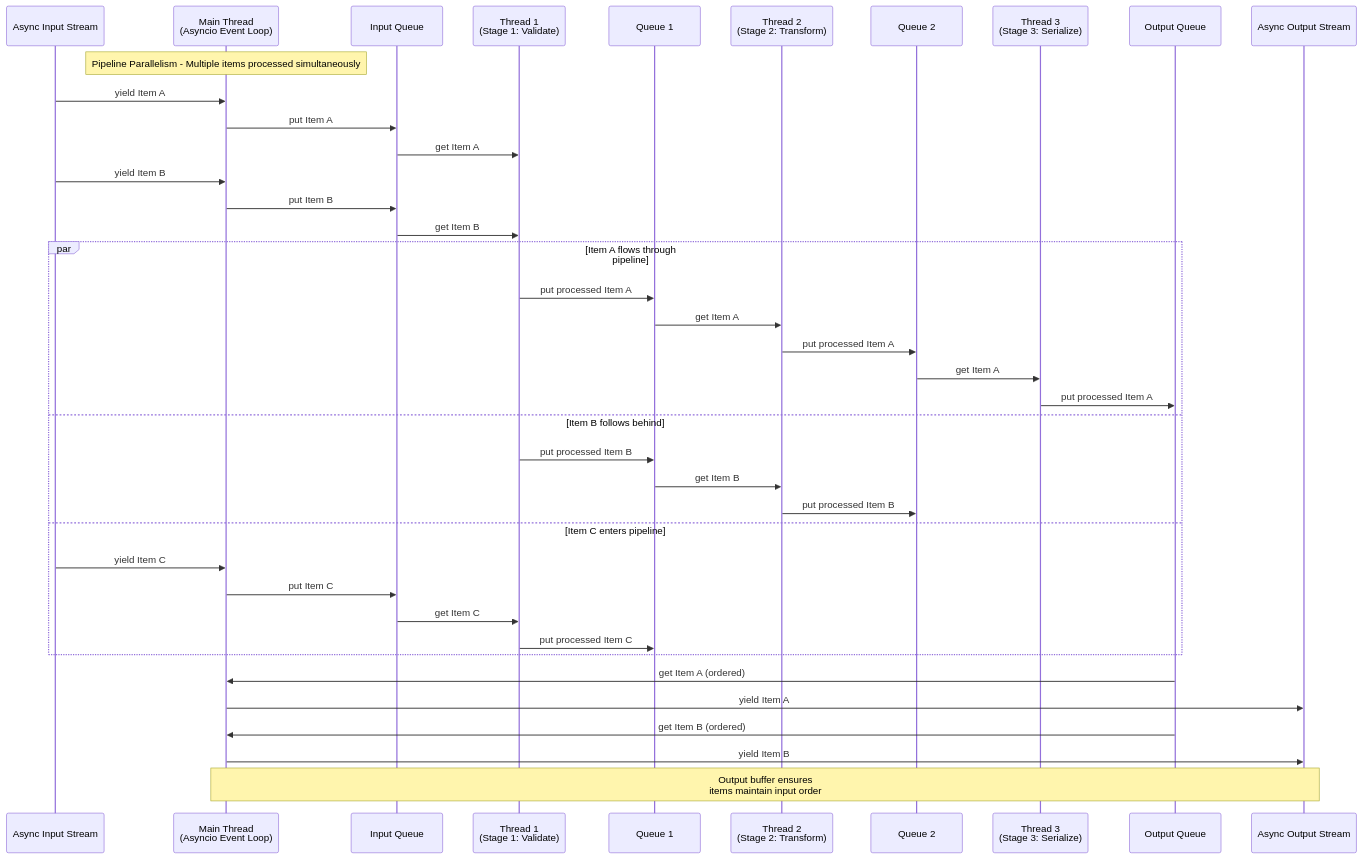
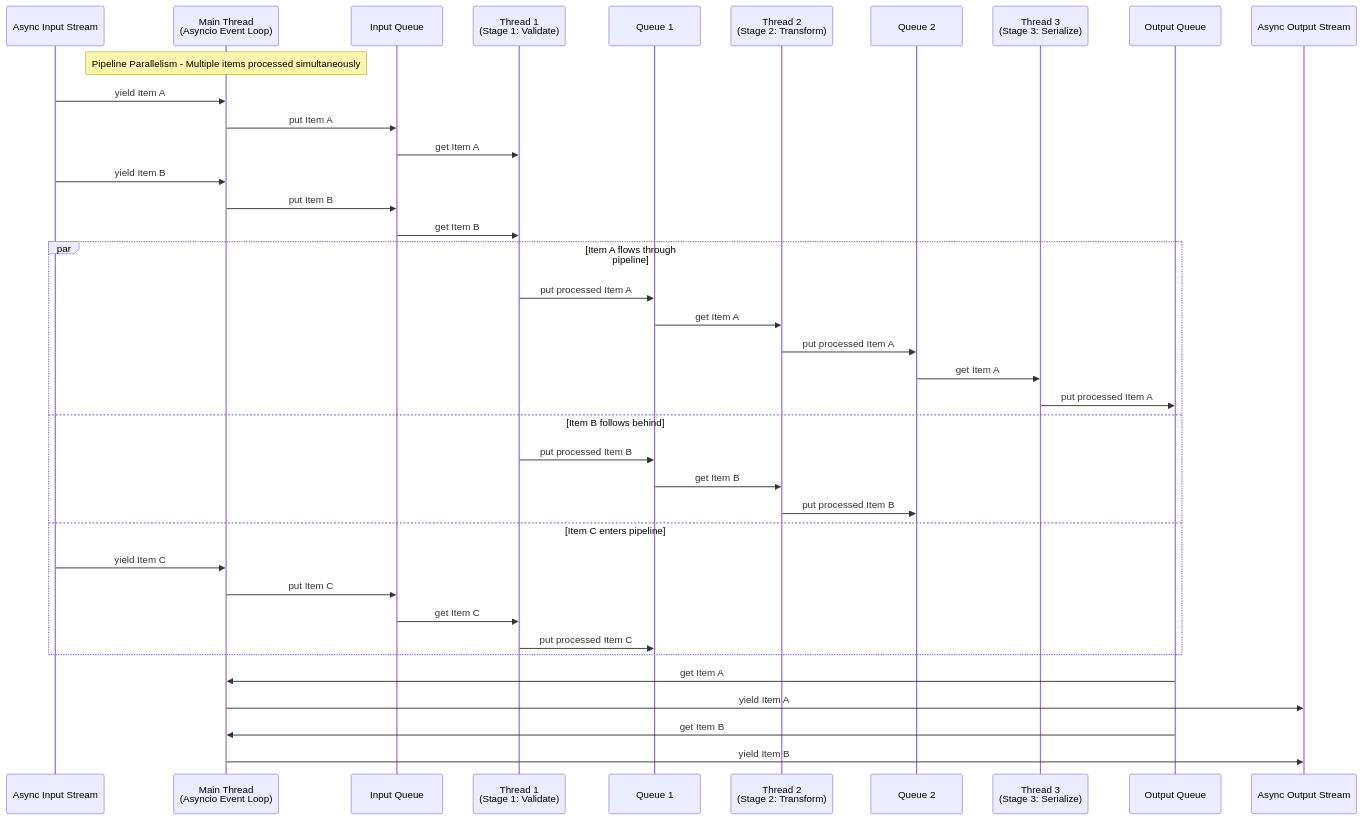
Before and after one commit to ChenghaoMou/async_task_pipeline: the diagram in README.md, drawn with Mermaid. The commit also changed other lines of this file and 74 other files, not shown here.

````diff
--- a/README.md
+++ b/README.md
@@ -19,48 +18,46 @@
 ```mermaid
 sequenceDiagram
     participant Input as Async Input Stream
     participant Main as Main Thread<br/>(Asyncio Event Loop)
     participant Q1 as Input Queue
     participant T1 as Thread 1<br/>(Stage 1: Validate)
     participant Q2 as Queue 1
     participant T2 as Thread 2<br/>(Stage 2: Transform)
     participant Q3 as Queue 2
     participant T3 as Thread 3<br/>(Stage 3: Serialize)
     participant Q4 as Output Queue
     participant Output as Async Output Stream
 
     Note over Main: Pipeline Parallelism - Multiple items processed simultaneously
 
     Input->>Main: yield Item A
     Main->>Q1: put Item A
     Q1->>T1: get Item A
 
     Input->>Main: yield Item B
     Main->>Q1: put Item B
     Q1->>T1: get Item B
 
     par Item A flows through pipeline
         T1->>Q2: put processed Item A
         Q2->>T2: get Item A
         T2->>Q3: put processed Item A
         Q3->>T3: get Item A
         T3->>Q4: put processed Item A
     and Item B follows behind
         T1->>Q2: put processed Item B
         Q2->>T2: get Item B
         T2->>Q3: put processed Item B
     and Item C enters pipeline
         Input->>Main: yield Item C
         Main->>Q1: put Item C
         Q1->>T1: get Item C
         T1->>Q2: put processed Item C
     end
 
-    Q4->>Main: get Item A (ordered)
+    Q4->>Main: get Item A
     Main->>Output: yield Item A
 
-    Q4->>Main: get Item B (ordered)
+    Q4->>Main: get Item B
     Main->>Output: yield Item B
-
-    Note over Main,Output: Output buffer ensures<br/>items maintain input order
 ```
````
